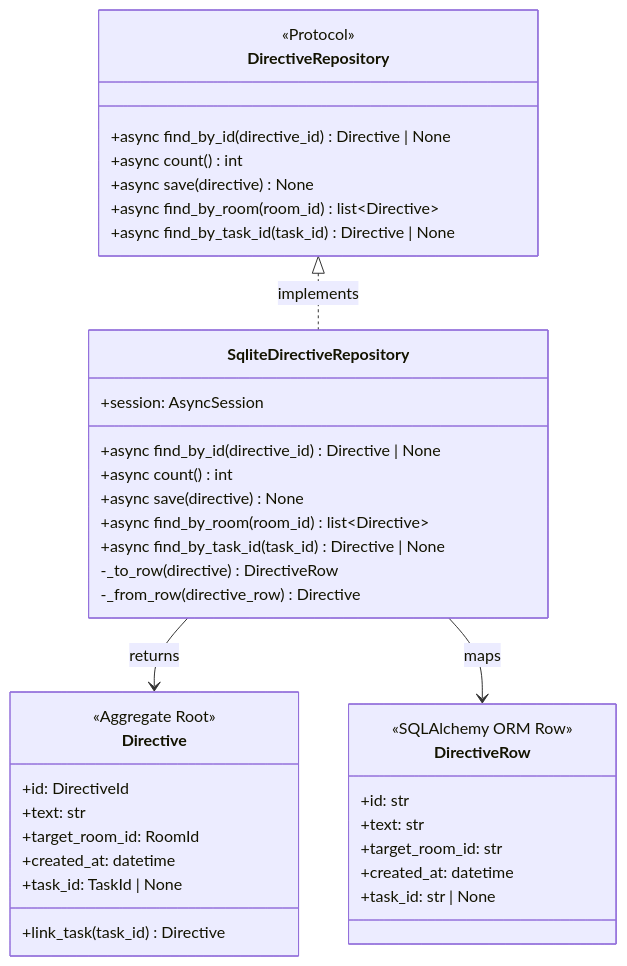
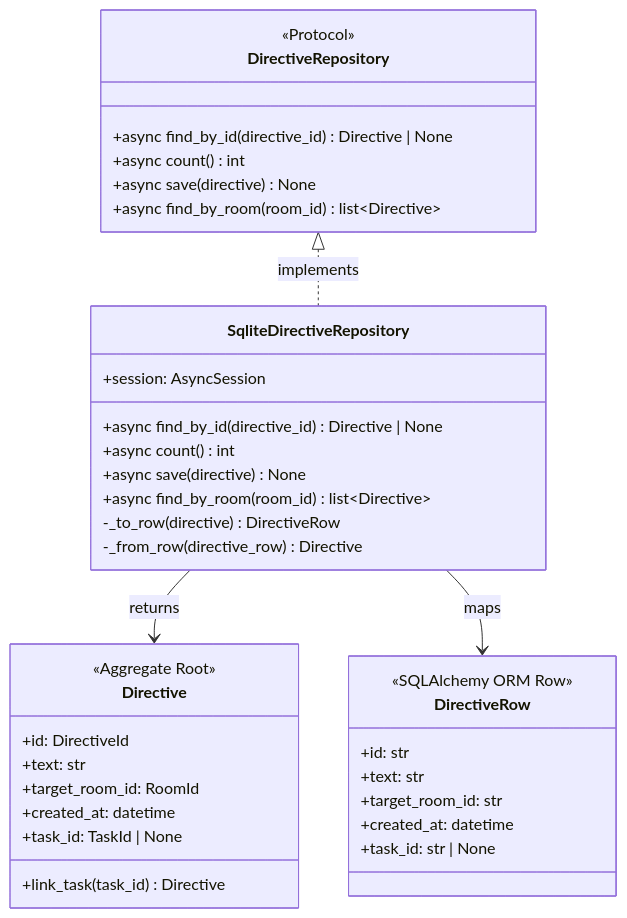
Before and after one commit to bakufu-dev/bakufu: the first of 3 diagrams in docs/features/directive-repository/basic-design.md, drawn with Mermaid. The commit also changed other lines of this file and 3 other files, not shown here.

````diff
--- a/docs/features/directive-repository/basic-design.md
+++ b/docs/features/directive-repository/basic-design.md
@@ -70,42 +70,40 @@
 ```mermaid
 classDiagram
     class DirectiveRepository {
         <<Protocol>>
         +async find_by_id(directive_id) Directive | None
         +async count() int
         +async save(directive) None
         +async find_by_room(room_id) list~Directive~
-        +async find_by_task_id(task_id) Directive | None
     }
     class SqliteDirectiveRepository {
         +session: AsyncSession
         +async find_by_id(directive_id) Directive | None
         +async count() int
         +async save(directive) None
         +async find_by_room(room_id) list~Directive~
-        +async find_by_task_id(task_id) Directive | None
         -_to_row(directive) DirectiveRow
         -_from_row(directive_row) Directive
     }
     class Directive {
         <<Aggregate Root>>
         +id: DirectiveId
         +text: str
         +target_room_id: RoomId
         +created_at: datetime
         +task_id: TaskId | None
         +link_task(task_id) Directive
     }
     class DirectiveRow {
         <<SQLAlchemy ORM Row>>
         +id: str
         +text: str
         +target_room_id: str
         +created_at: datetime
         +task_id: str | None
     }
 
     DirectiveRepository <|.. SqliteDirectiveRepository : implements
     SqliteDirectiveRepository --> Directive : returns
     SqliteDirectiveRepository --> DirectiveRow : maps
 ```
````
